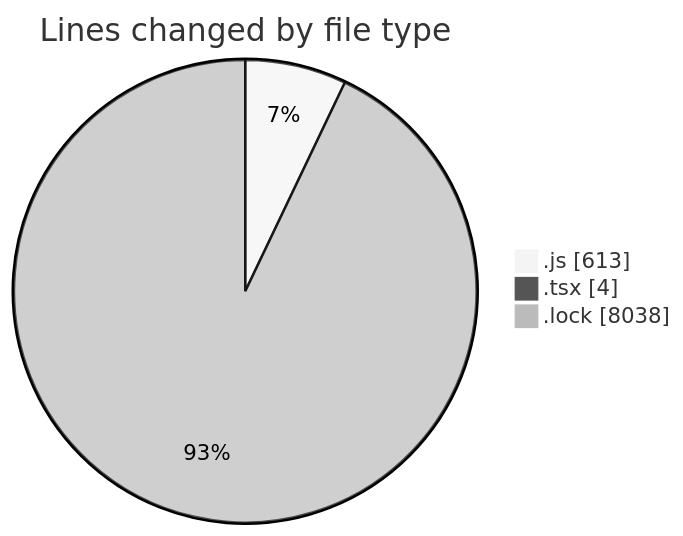
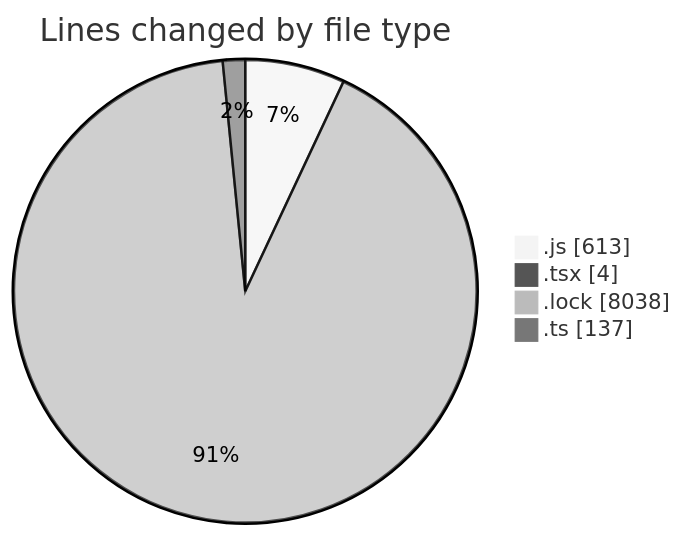
One commit to momahboobian/code-tracking changed the first of 2 diagrams in 2025-03-11/cda/README.md. Above: the diagram before and after it, drawn with Mermaid (neutral theme). The commit also changed other lines of this file and 1 other file, not shown here.

````diff
--- a/2025-03-11/cda/README.md
+++ b/2025-03-11/cda/README.md
@@ -30,7 +31,8 @@
 ```mermaid
 pie showData
 title Lines changed by file type
 ".js" : 613
 ".tsx" : 4
 ".lock" : 8038
+".ts" : 137
 ```
````
